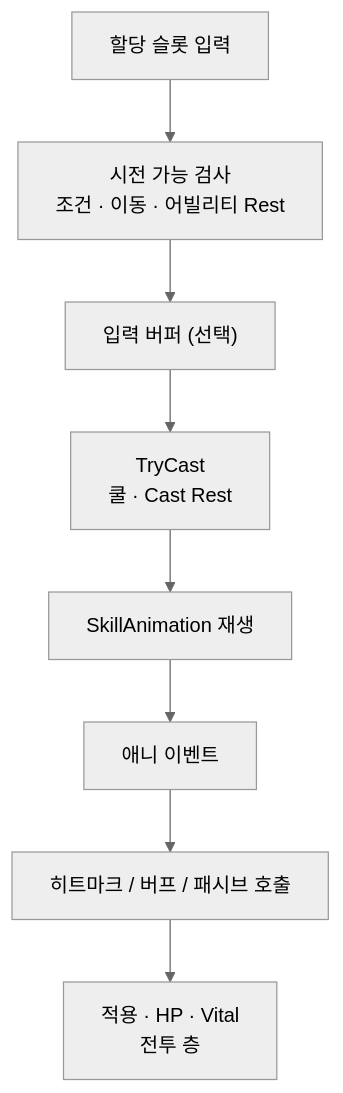
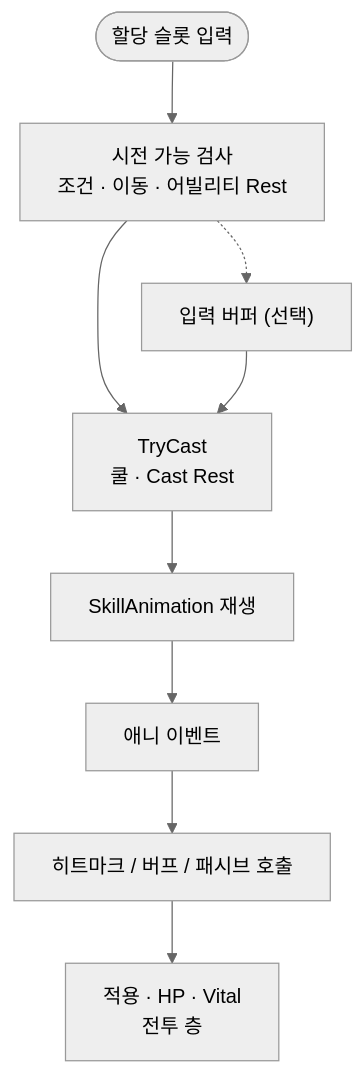
Before and after one commit to monet5379/monet5379.github.io: the diagram in notes/dragon-skill-cast.md, drawn with Mermaid (neutral theme). The commit also changed other lines of this file and 7 other files, not shown here.

Commit message:
fix(notes): dragon-combat How Mermaid visual contract

````diff
--- a/notes/dragon-skill-cast.md
+++ b/notes/dragon-skill-cast.md
@@ -58,10 +58,12 @@
 ```mermaid
 flowchart TD
-  IN["할당 슬롯 입력"] --> AUTH["시전 가능 검사<br/>조건 · 이동 · 어빌리티 Rest"]
-  AUTH --> BUF["입력 버퍼 (선택)"]
-  BUF --> CAST["TryCast<br/>쿨 · Cast Rest"]
+  IN(["할당 슬롯 입력"])
+  IN --> AUTH["시전 가능 검사<br/>조건 · 이동 · 어빌리티 Rest"]
+  AUTH --> CAST["TryCast<br/>쿨 · Cast Rest"]
+  AUTH -.-> BUF["입력 버퍼 (선택)"]
+  BUF --> CAST
   CAST --> ANIM["SkillAnimation 재생"]
   ANIM --> EV["애니 이벤트"]
   EV --> OUT["히트마크 / 버프 / 패시브 호출"]
   OUT --> COMBAT["적용 · HP · Vital<br/>전투 층"]
 ```
````
